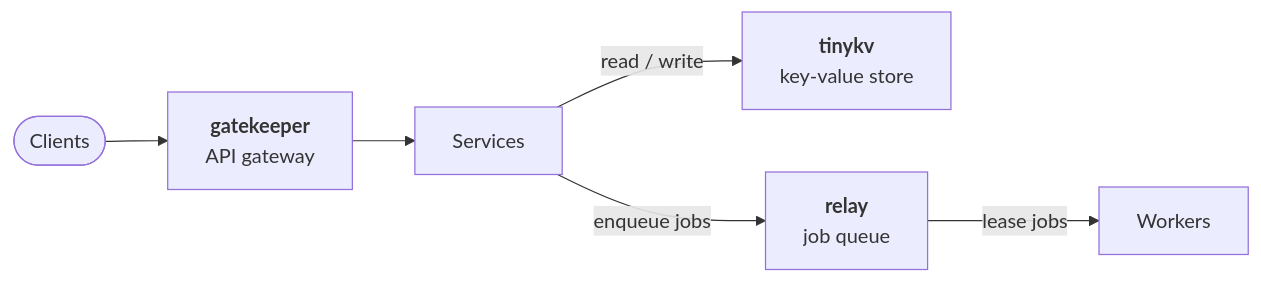
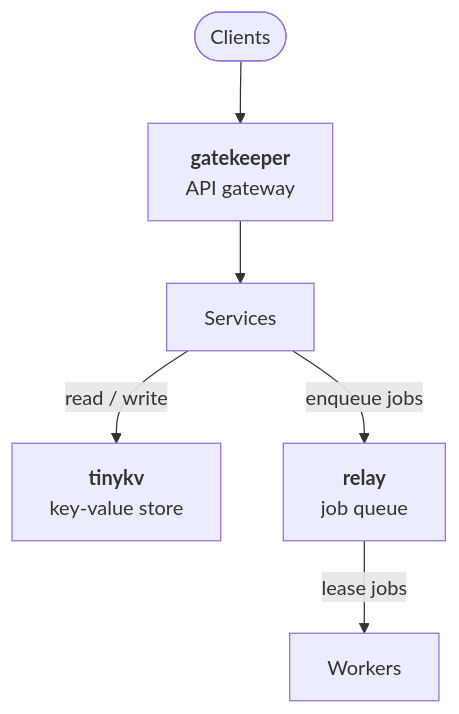
Before and after one commit to Sumit-do/Sumit-do: the diagram in README.md, drawn with Mermaid.

Commit message:
Lay out the architecture diagram top to bottom so it stays legible

````diff
--- a/README.md
+++ b/README.md
@@ -22,8 +22,8 @@
 ```mermaid
-flowchart LR
+flowchart TB
     C([Clients]) --> G["<b>gatekeeper</b><br/>API gateway"]
     G --> S[Services]
     S -- "read / write" --> K["<b>tinykv</b><br/>key-value store"]
     S -- "enqueue jobs" --> R["<b>relay</b><br/>job queue"]
     R -- "lease jobs" --> W[Workers]
 ```
````
